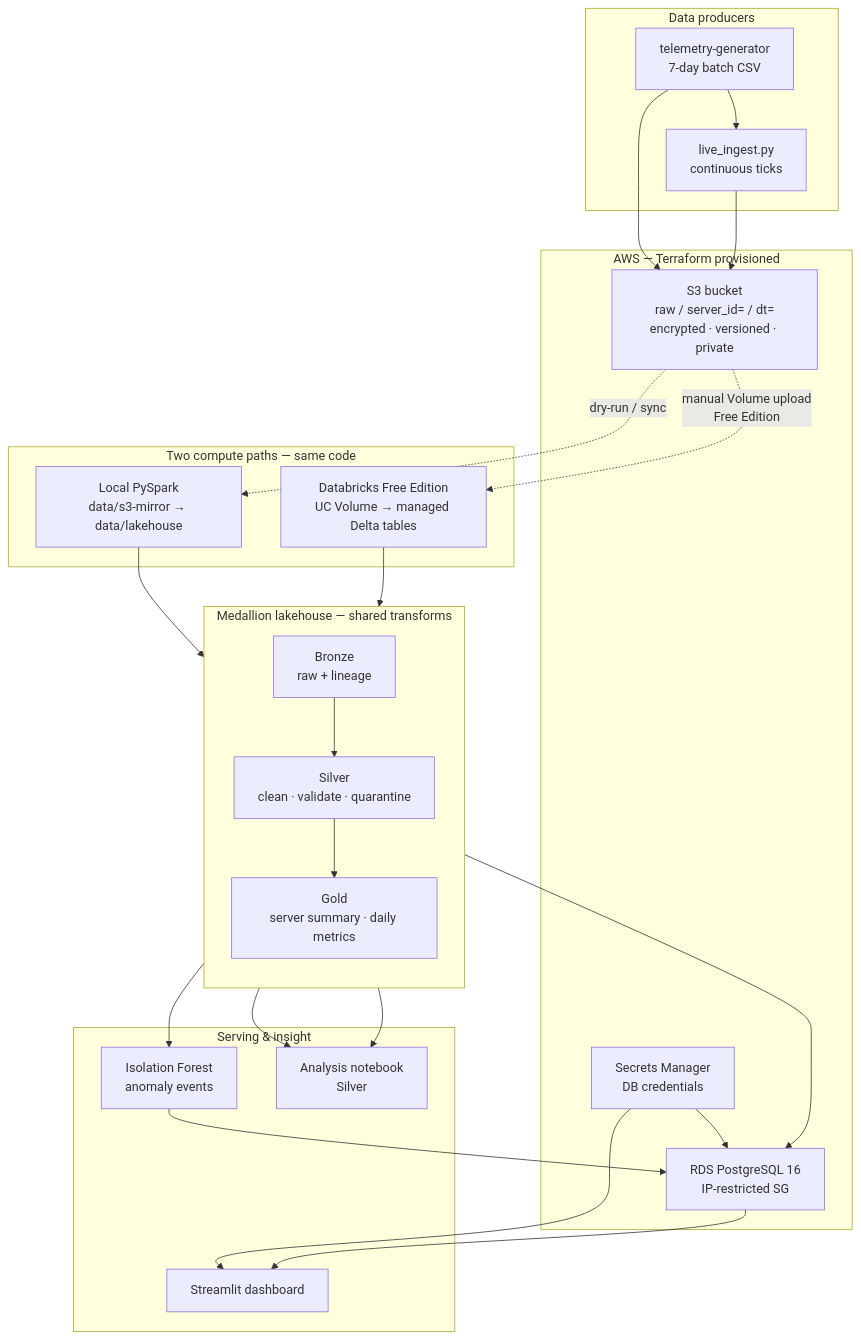
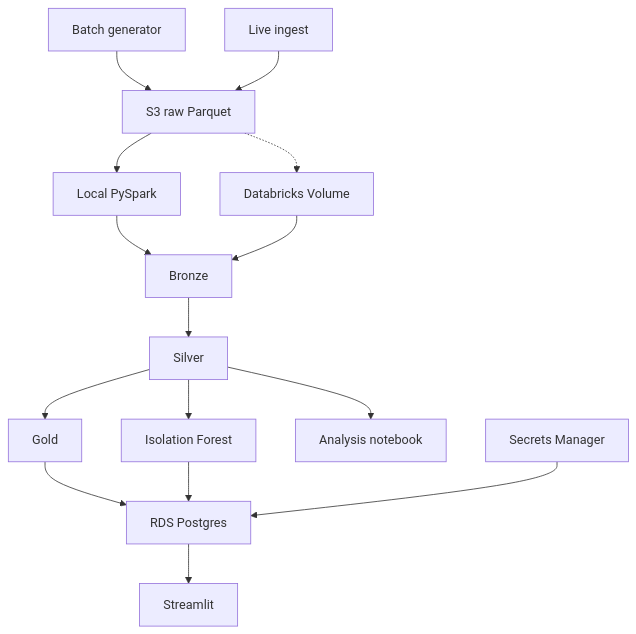
The diagram in README.md (yanghan17/cloud-telemetry-analytics-yanghan), drawn with Mermaid before and after one commit. The commit also changed other lines of this file, not shown here.

First line of the commit message:
Show both ASCII pipeline path and a simpler Mermaid architecture diagram.

````diff
--- a/README.md
+++ b/README.md
@@ -11,48 +44,20 @@
 ```mermaid
-flowchart TB
-  subgraph producers ["Data producers"]
-    GEN["telemetry-generator<br/>7-day batch CSV"]
-    LIVE["live_ingest.py<br/>continuous ticks"]
-  end
+flowchart TD
+  GEN[Batch generator] --> S3[S3 raw Parquet]
+  LIVE[Live ingest] --> S3
 
-  subgraph aws ["AWS — Terraform provisioned"]
-    S3["S3 bucket<br/>raw / server_id= / dt=<br/>encrypted · versioned · private"]
-    SM["Secrets Manager<br/>DB credentials"]
-    RDS["RDS PostgreSQL 16<br/>IP-restricted SG"]
-  end
+  S3 --> LOCAL[Local PySpark]
+  S3 -.-> DBX[Databricks Volume]
 
-  subgraph lakehouse ["Medallion lakehouse — shared transforms"]
-    direction TB
-    BR["Bronze<br/>raw + lineage"]
-    SI["Silver<br/>clean · validate · quarantine"]
-    GO["Gold<br/>server summary · daily metrics"]
-    BR --> SI --> GO
-  end
+  LOCAL --> BR[Bronze]
+  DBX --> BR
+  BR --> SI[Silver]
+  SI --> GO[Gold]
 
-  subgraph compute ["Two compute paths — same code"]
-    LOCAL["Local PySpark<br/>data/s3-mirror → data/lakehouse"]
-    DBX["Databricks Free Edition<br/>UC Volume → managed Delta tables"]
-  end
-
-  subgraph serving ["Serving & insight"]
-    ML["Isolation Forest<br/>anomaly events"]
-    NB["Analysis notebook<br/>Silver"]
-    APP["Streamlit dashboard"]
-  end
-
-  GEN --> LIVE
-  GEN --> S3
-  LIVE --> S3
-  S3 -.->|"dry-run / sync"| LOCAL
-  S3 -.->|"manual Volume upload<br/>Free Edition"| DBX
-  LOCAL --> lakehouse
-  DBX --> lakehouse
-  GO --> RDS
-  SI --> ML
+  GO --> RDS[RDS Postgres]
+  SI --> ML[Isolation Forest]
   ML --> RDS
-  SM --> RDS
-  SM --> APP
-  RDS --> APP
-  SI --> NB
-  GO --> NB
+  SI --> NB[Analysis notebook]
+  SM[Secrets Manager] --> RDS
+  RDS --> APP[Streamlit]
 ```
````
